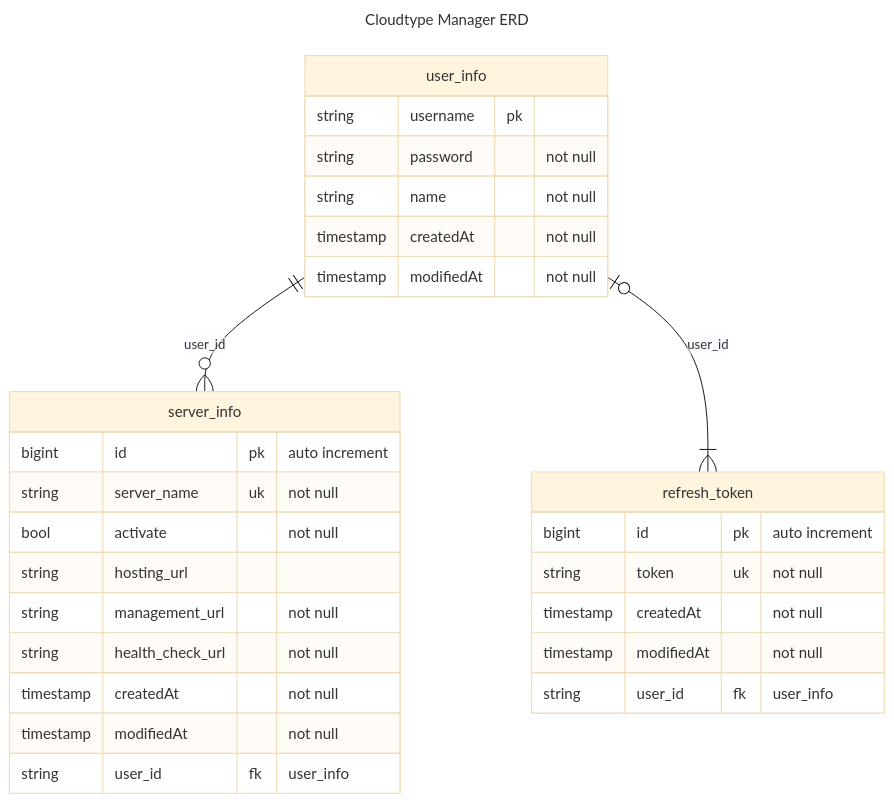
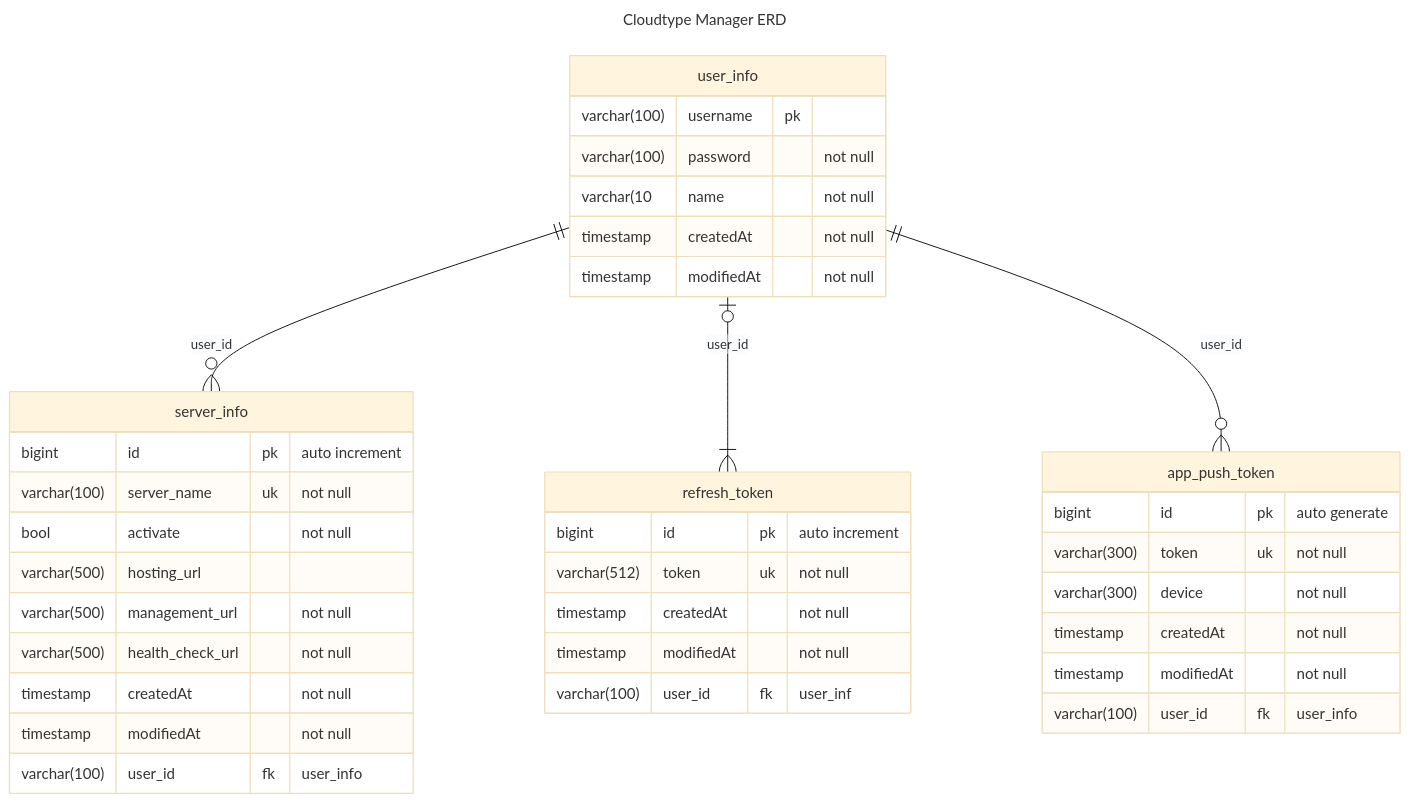
Before and after one commit to GuardJo/cloudtype-manager: the diagram in cloudtype-manager-api/README.md, drawn with Mermaid (base theme). The commit also changed 1 other file, not shown here.

Commit message:
[BE] #60 앱푸시 수신 토큰 관리 스키마 정의
- 앱푸시 관련 토큰 정보를 저장하기 위한 APP_PUSH_TOKEN 테이블 스키마 정의
- 관련 ERD 최신화
- DDL 쿼리 파일 최신화

````diff
--- a/cloudtype-manager-api/README.md
+++ b/cloudtype-manager-api/README.md
@@ -26,36 +26,46 @@
 ```mermaid
 ---
 title: Cloudtype Manager ERD
 ---
 erDiagram
     user_info {
-string username pk
-    string password "not null"
-string name "not null"
+varchar(100) username pk
+varchar(100) password "not null"
+varchar(10 name "not null"
 timestamp createdAt "not null"
 timestamp modifiedAt "not null"
 }
 
 server_info {
 bigint id pk "auto increment"
-string server_name uk "not null"
+varchar(100) server_name uk "not null"
 bool activate "not null"
-string hosting_url
-string management_url "not null"
-string health_check_url "not null"
+varchar(500) hosting_url
+varchar(500) management_url "not null"
+varchar(500) health_check_url "not null"
 timestamp createdAt "not null"
 timestamp modifiedAt "not null"
-string user_id fk "user_info"
+varchar(100) user_id fk "user_info"
 }
 
 refresh_token {
 bigint id pk "auto increment"
-string token uk "not null"
+varchar(512) token uk "not null"
 timestamp createdAt "not null"
 timestamp modifiedAt "not null"
-string user_id fk "user_info"
+varchar(100) user_id fk "user_inf"
+}
+
+app_push_token {
+bigint id pk "auto generate"
+varchar(300) token uk "not null"
+varchar(300) device "not null"
+timestamp createdAt "not null"
+timestamp modifiedAt "not null"
+varchar(100) user_id fk "user_info"
 }
 
 user_info ||--o{ server_info: "user_id"
 user_info o|--|{ refresh_token: "user_id"
+user_info ||--o{ app_push_token: "user_id"
 ```
````
